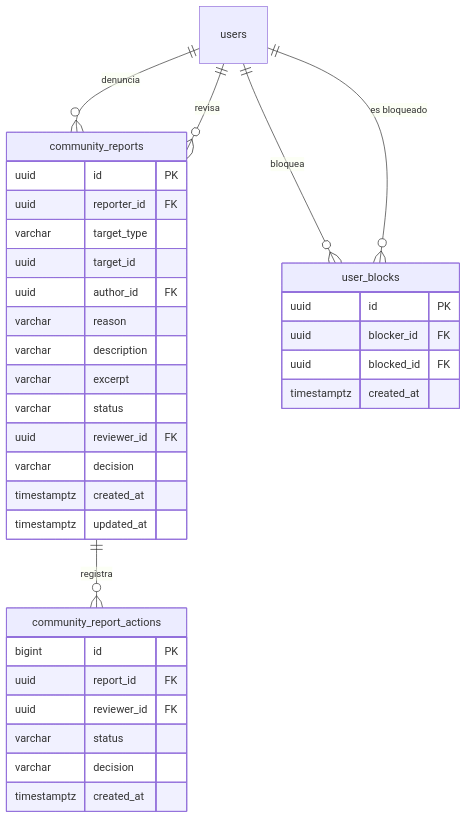
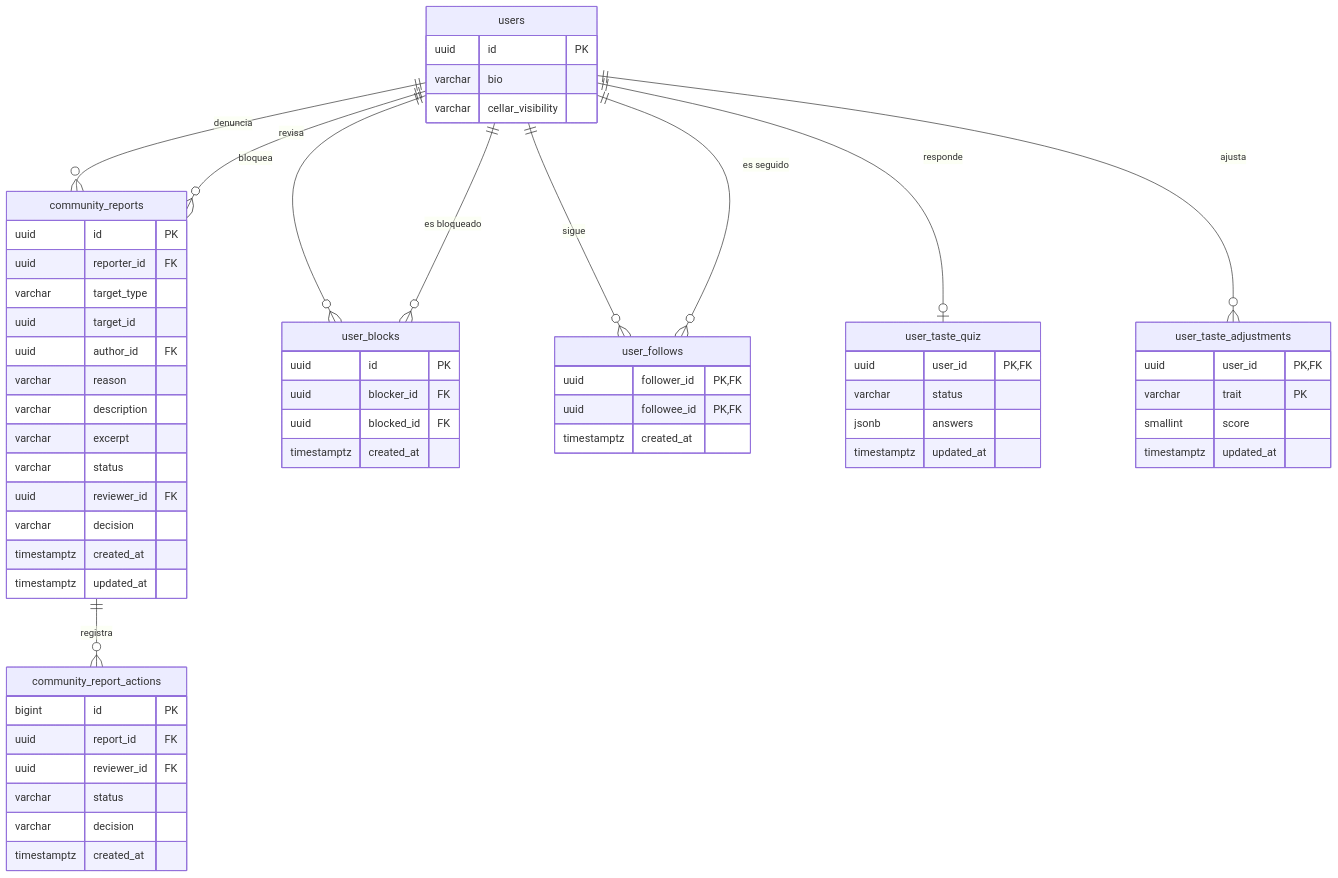
One commit to Bielaszczuk/vinnot-demo changed the second of 2 diagrams in docs/es/modules/community/README.md. Above: the diagram before and after it, drawn with Mermaid. The commit also changed other lines of this file and 703 other files, not shown here.

````diff
--- a/docs/es/modules/community/README.md
+++ b/docs/es/modules/community/README.md
@@ -63,37 +74,63 @@
 ```mermaid
 erDiagram
     users ||--o{ community_reports : denuncia
     users ||--o{ community_reports : revisa
     community_reports ||--o{ community_report_actions : registra
     users ||--o{ user_blocks : bloquea
     users ||--o{ user_blocks : "es bloqueado"
+    users ||--o{ user_follows : sigue
+    users ||--o{ user_follows : "es seguido"
+    users ||--o| user_taste_quiz : responde
+    users ||--o{ user_taste_adjustments : ajusta
+    users {
+        uuid id PK
+        varchar bio
+        varchar cellar_visibility
+    }
     community_reports {
         uuid id PK
         uuid reporter_id FK
         varchar target_type
         uuid target_id
         uuid author_id FK
         varchar reason
         varchar description
         varchar excerpt
         varchar status
         uuid reviewer_id FK
         varchar decision
         timestamptz created_at
         timestamptz updated_at
     }
     community_report_actions {
         bigint id PK
         uuid report_id FK
         uuid reviewer_id FK
         varchar status
         varchar decision
         timestamptz created_at
     }
     user_blocks {
         uuid id PK
         uuid blocker_id FK
         uuid blocked_id FK
         timestamptz created_at
     }
+    user_follows {
+        uuid follower_id PK,FK
+        uuid followee_id PK,FK
+        timestamptz created_at
+    }
+    user_taste_quiz {
+        uuid user_id PK,FK
+        varchar status
+        jsonb answers
+        timestamptz updated_at
+    }
+    user_taste_adjustments {
+        uuid user_id PK,FK
+        varchar trait PK
+        smallint score
+        timestamptz updated_at
+    }
 ```
````
